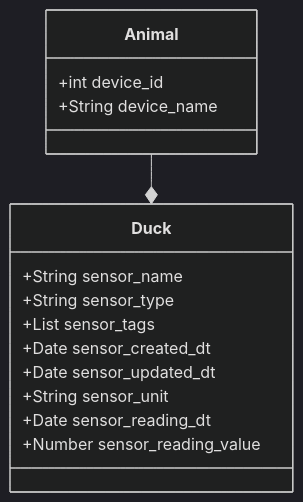
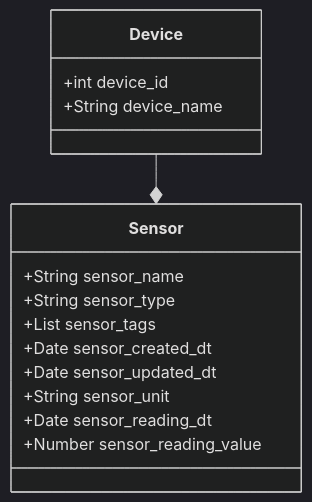
One commit to arunzone/bueno-search changed the first of 2 diagrams in README.md. Above: the diagram before and after it, drawn with Mermaid (dark theme). The commit also changed other lines of this file, not shown here.

````diff
--- a/README.md
+++ b/README.md
@@ -11,16 +11,16 @@
 ```mermaid
 classDiagram
-      Animal --* Duck
-      Animal : +int device_id
-      Animal : +String device_name
-      class Duck{
+      Device --* Sensor
+      Device : +int device_id
+      Device : +String device_name
+      class Sensor{
           +String sensor_name
           +String sensor_type
           +List sensor_tags
           +Date sensor_created_dt
           +Date sensor_updated_dt
           +String sensor_unit
           +Date sensor_reading_dt
           +Number sensor_reading_value
       }
 ```
````
